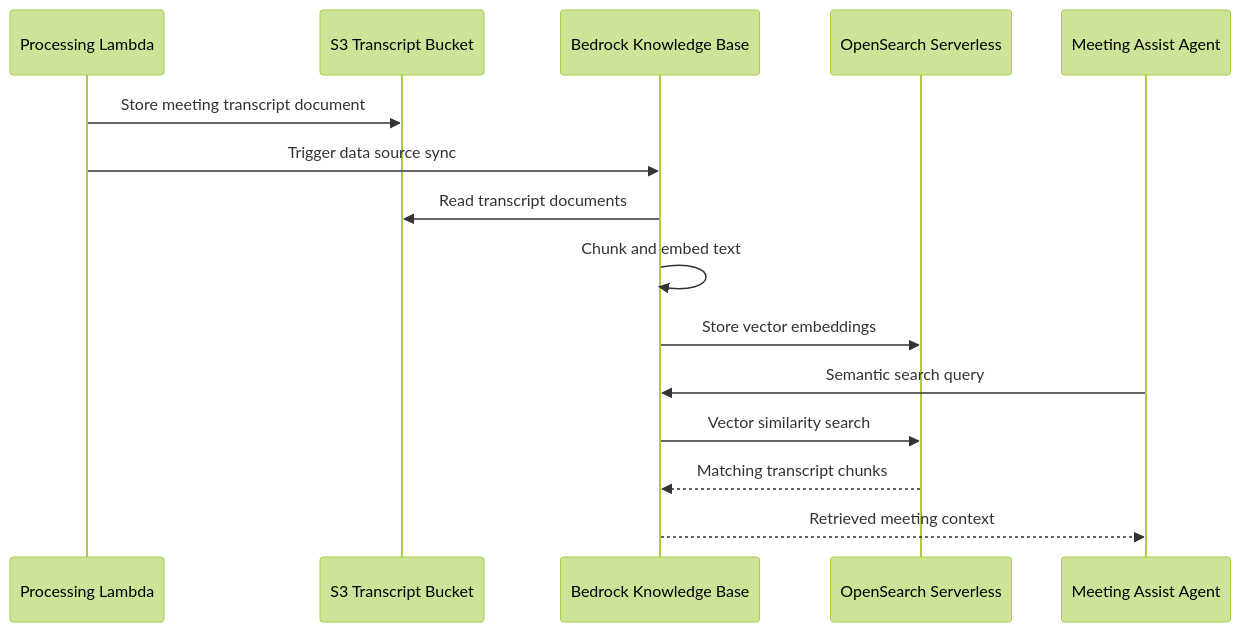
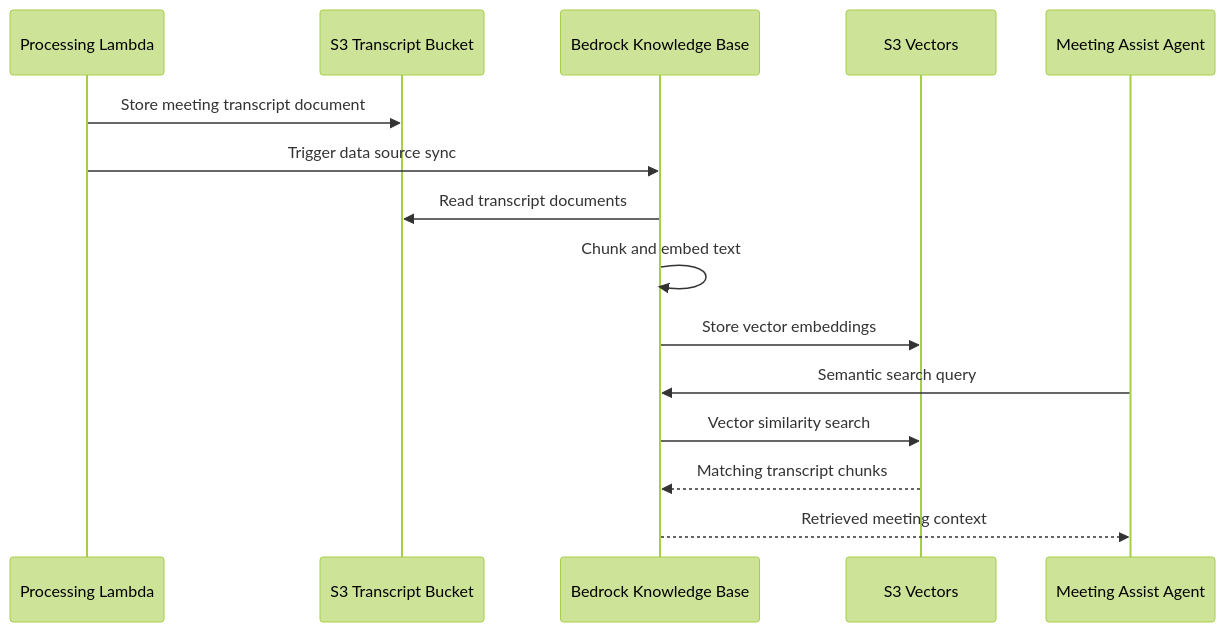
One commit to aws-samples/amazon-transcribe-live-meeting-assistant changed the ninth of 11 diagrams in threat-modeling/architecture/data-flows.md. Above: the diagram before and after it, drawn with Mermaid (forest theme). The commit also changed 24 other files, not shown here.

First line of the commit message:
chore(bedrockkb): remove unused OpenSearch Serverless and web crawler code

````diff
--- a/threat-modeling/architecture/data-flows.md
+++ b/threat-modeling/architecture/data-flows.md
@@ -306,19 +306,19 @@
 ```mermaid
 sequenceDiagram
     participant Lambda as Processing Lambda
     participant S3 as S3 Transcript Bucket
     participant BedrockKB as Bedrock Knowledge Base
-    participant OpenSearch as OpenSearch Serverless
+    participant S3Vectors as S3 Vectors
     participant Agent as Meeting Assist Agent
 
     Lambda->>S3: Store meeting transcript document
     Lambda->>BedrockKB: Trigger data source sync
     BedrockKB->>S3: Read transcript documents
     BedrockKB->>BedrockKB: Chunk and embed text
-    BedrockKB->>OpenSearch: Store vector embeddings
+    BedrockKB->>S3Vectors: Store vector embeddings
 
     Agent->>BedrockKB: Semantic search query
-    BedrockKB->>OpenSearch: Vector similarity search
-    OpenSearch-->>BedrockKB: Matching transcript chunks
+    BedrockKB->>S3Vectors: Vector similarity search
+    S3Vectors-->>BedrockKB: Matching transcript chunks
     BedrockKB-->>Agent: Retrieved meeting context
 ```
````
